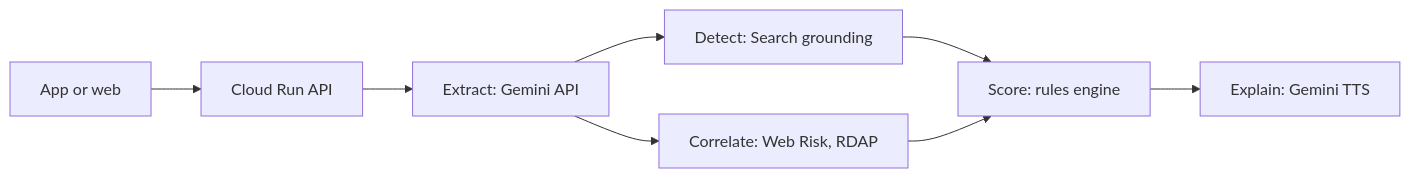
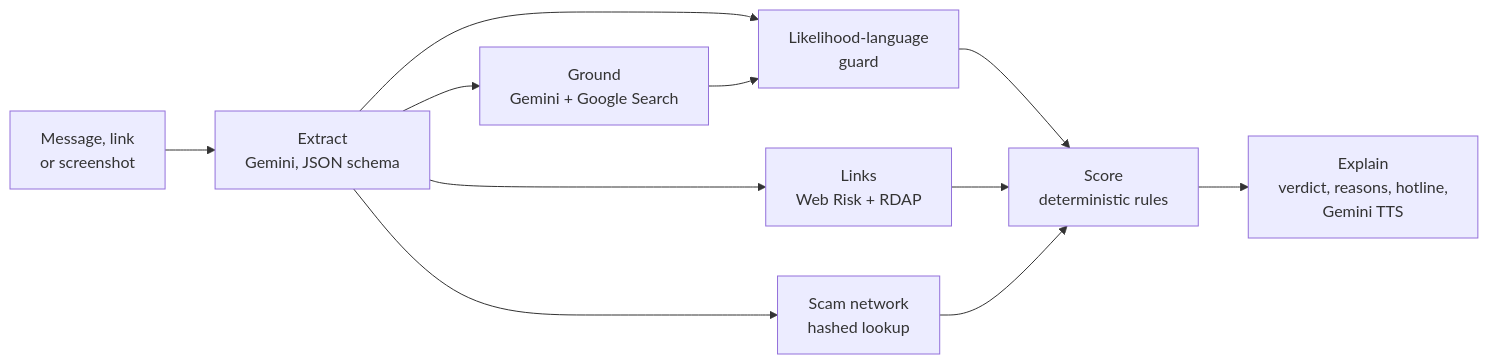
The diagram in README.md (minthein128/scamshield), drawn with Mermaid before and after one commit. The commit also changed other lines of this file and 2 other files, not shown here.

First line of the commit message:
docs: redesign README with a cover image, features, benchmarks and Google stack

````diff
--- a/README.md
+++ b/README.md
@@ -36,10 +33,13 @@
 ```mermaid
 flowchart LR
-  A[App or web] --> B[Cloud Run API]
-  B --> C[Extract: Gemini API]
-  C --> D[Detect: Search grounding]
-  C --> E[Correlate: Web Risk, RDAP]
-  D --> F[Score: rules engine]
-  E --> F
-  F --> G[Explain: Gemini TTS]
+  IN[Message, link<br/>or screenshot] --> X[Extract<br/>Gemini, JSON schema]
+  X --> GR[Ground<br/>Gemini + Google Search]
+  X --> L[Links<br/>Web Risk + RDAP]
+  X --> N[Scam network<br/>hashed lookup]
+  X --> G[Likelihood-language<br/>guard]
+  GR --> G
+  G --> S[Score<br/>deterministic rules]
+  L --> S
+  N --> S
+  S --> E[Explain<br/>verdict, reasons, hotline,<br/>Gemini TTS]
 ```
````
